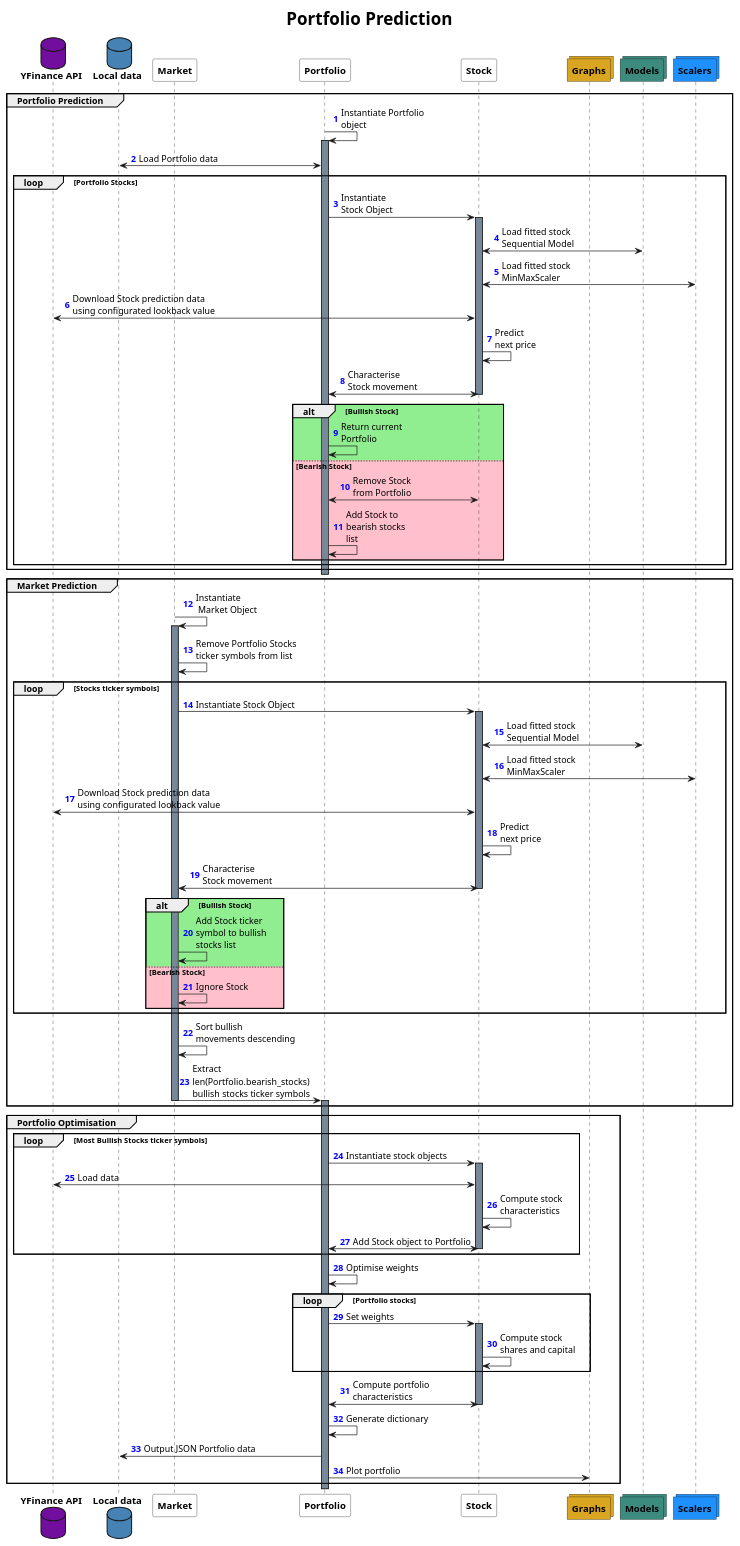
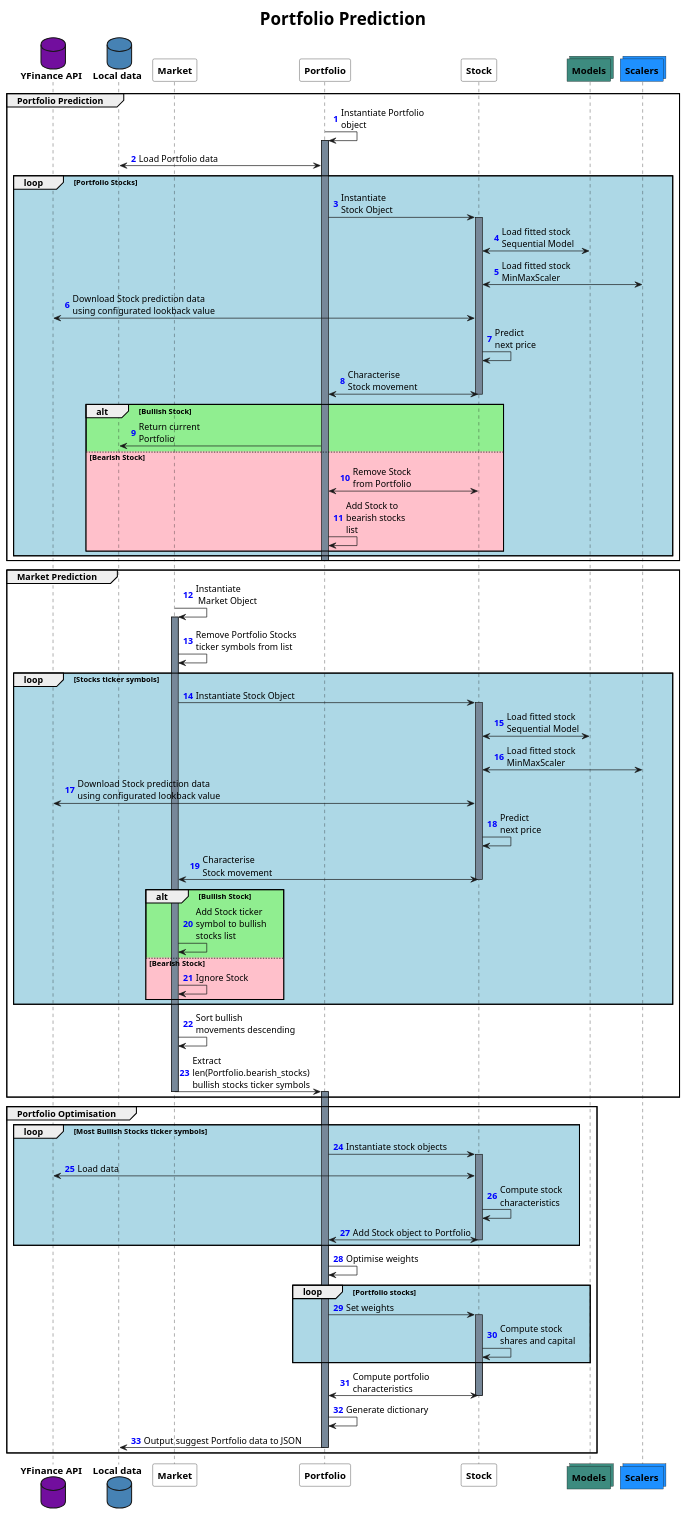
Before and after one commit to romainmrad/UVProjet: the diagram in docs/sequence_diagram/portfolio_prediction.puml, drawn with PlantUML. The commit also changed 965 other files, not shown here.

```diff
--- a/docs/sequence_diagram/portfolio_prediction.puml
+++ b/docs/sequence_diagram/portfolio_prediction.puml
@@ -1,102 +1,101 @@
 @startuml
 
 skinparam ParticipantFontStyle bold
 skinparam DatabaseFontStyle bold
 skinparam CollectionsFontStyle bold
 skinparam BackgroundColor White
 skinparam TitleFontSize 25
 skinparam TitleFontStyle bold
 autonumber "<font color=blue><b>"
 
 
 title Portfolio Prediction
 
 
 database "YFinance API" #720E9E
 database "Local data" #SteelBlue
 participant Market #White
 participant Portfolio #White
 participant Stock #White
-collections Graphs #GoldenRod
 collections Models #3D8B7F
 collections Scalers #DodgerBlue
 
 
 group Portfolio Prediction
 Portfolio -> Portfolio: Instantiate Portfolio \nobject
 activate Portfolio #LightSlateGrey
 Portfolio <-> "Local data": Load Portfolio data
 
-loop Portfolio Stocks
+loop #LightBlue Portfolio Stocks
 Portfolio -> Stock: Instantiate \nStock Object
 activate Stock #LightSlateGrey
 Stock <-> Models: Load fitted stock \nSequential Model
 Stock <-> Scalers: Load fitted stock \nMinMaxScaler
 Stock <-> "YFinance API": Download Stock prediction data \nusing configurated lookback value
 Stock -> Stock: Predict \nnext price
 Portfolio <-> Stock: Characterise \nStock movement
 deactivate Stock
 alt #LightGreen Bullish Stock
-Portfolio -> Portfolio: Return current \nPortfolio
+Portfolio -> "Local data": Return current \nPortfolio
 else #Pink Bearish Stock
 Portfolio <-> Stock: Remove Stock \nfrom Portfolio
 Portfolio -> Portfolio: Add Stock to \nbearish stocks \nlist
-end
 
 end
 
 end
+deactivate Portfolio
+end
 
-deactivate Portfolio
+
 
 group Market Prediction
 Market -> Market: Instantiate \n Market Object
 activate Market #LightSlateGrey
 Market -> Market: Remove Portfolio Stocks \nticker symbols from list
-loop Stocks ticker symbols
+loop #LightBlue Stocks ticker symbols
 Market -> Stock: Instantiate Stock Object
 activate Stock #LightSlateGrey
 Stock <-> Models: Load fitted stock \nSequential Model
 Stock <-> Scalers: Load fitted stock \nMinMaxScaler
 Stock <-> "YFinance API": Download Stock prediction data \nusing configurated lookback value
 Stock -> Stock: Predict \nnext price
 Market <-> Stock: Characterise \nStock movement
 deactivate Stock
 alt #LightGreen Bullish Stock
 Market -> Market: Add Stock ticker \nsymbol to bullish \nstocks list
 else #Pink Bearish Stock
 Market -> Market: Ignore Stock
 end
 
 end
 Market -> Market: Sort bullish \nmovements descending
 Market -> Portfolio: Extract \nlen(Portfolio.bearish_stocks)\nbullish stocks ticker symbols
 deactivate Market
 activate Portfolio #LightSlateGrey
 end
 
 group Portfolio Optimisation
-loop Most Bullish Stocks ticker symbols
+loop #LightBlue Most Bullish Stocks ticker symbols
 Portfolio -> Stock: Instantiate stock objects
 activate Stock #LightSlateGrey
 Stock <-> "YFinance API": Load data
 Stock -> Stock: Compute stock \ncharacteristics
 Stock <-> Portfolio: Add Stock object to Portfolio
 deactivate Stock
 end
 
 Portfolio -> Portfolio: Optimise weights
-loop Portfolio stocks
+loop #LightBlue Portfolio stocks
 Portfolio -> Stock: Set weights
 activate Stock #LightSlateGrey
 Stock -> Stock: Compute stock \nshares and capital
 end
 Stock <-> Portfolio: Compute portfolio \ncharacteristics
 deactivate Stock
 Portfolio -> Portfolio: Generate dictionary
-Portfolio -> "Local data": Output JSON Portfolio data
-Portfolio -> Graphs: Plot portfolio
-
+Portfolio -> "Local data": Output suggest Portfolio data to JSON
+deactivate Portfolio
 end
 
 @enduml
```
